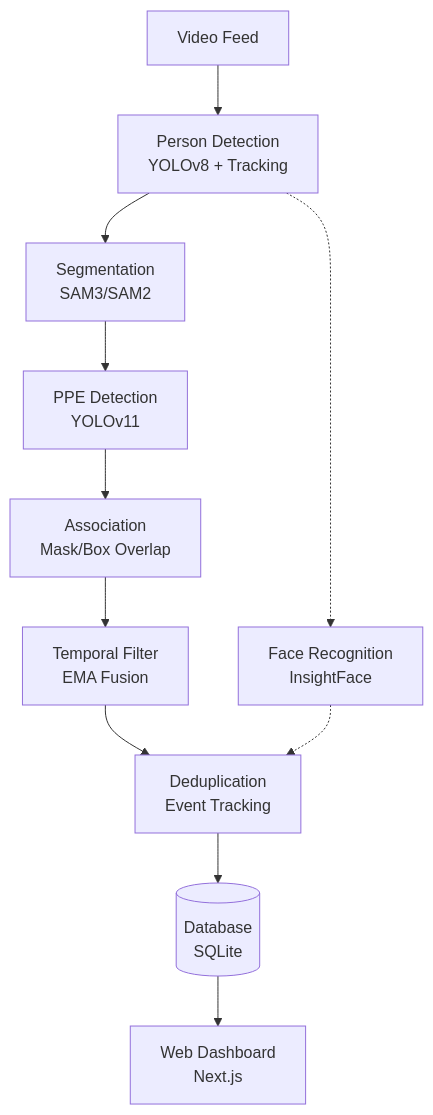
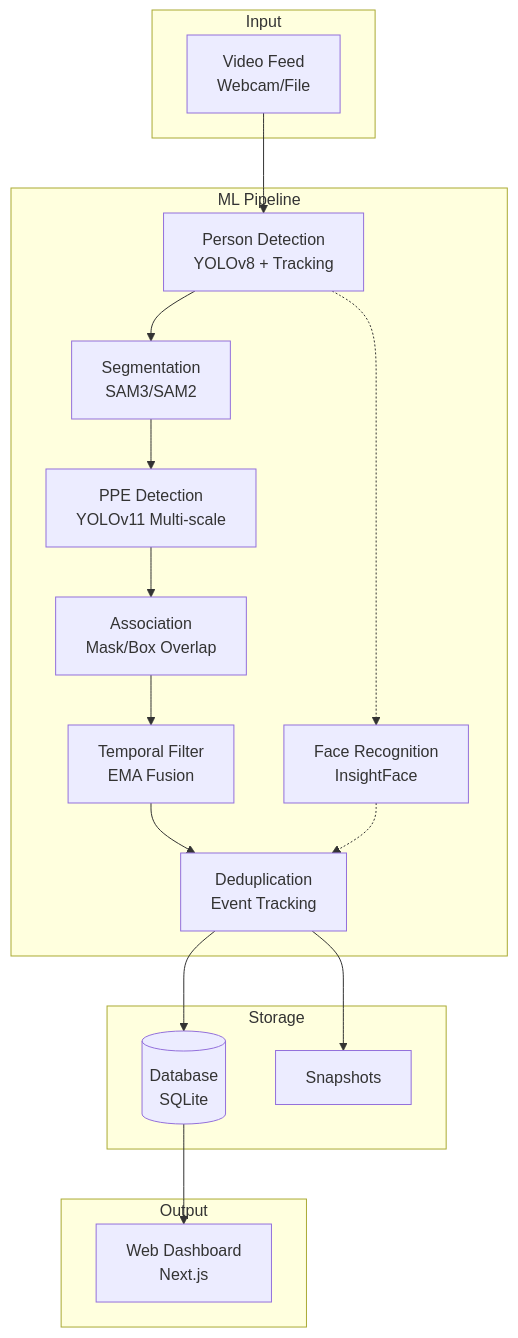
One commit to garg-tejas/lab-safety-monitor changed the diagram in README.md. Above: the diagram before and after it, drawn with Mermaid. The commit also changed other lines of this file and 55 other files, not shown here.

````diff
--- a/README.md
+++ b/README.md
@@ -33,13 +106,29 @@
 ```mermaid
 flowchart TB
-    A[Video Feed] --> B[Person Detection<br/>YOLOv8 + Tracking]
-    B --> C[Segmentation<br/>SAM3/SAM2]
-    C --> D[PPE Detection<br/>YOLOv11]
-    D --> E[Association<br/>Mask/Box Overlap]
-    E --> F[Temporal Filter<br/>EMA Fusion]
-    F --> G[Deduplication<br/>Event Tracking]
-    G --> H[(Database<br/>SQLite)]
-    H --> I[Web Dashboard<br/>Next.js]
-    B -.-> J[Face Recognition<br/>InsightFace]
-    J -.-> G
+    subgraph Input
+        A[Video Feed<br/>Webcam/File]
+    end
+
+    subgraph ML Pipeline
+        B[Person Detection<br/>YOLOv8 + Tracking]
+        C[Segmentation<br/>SAM3/SAM2]
+        D[PPE Detection<br/>YOLOv11 Multi-scale]
+        E[Association<br/>Mask/Box Overlap]
+        F[Temporal Filter<br/>EMA Fusion]
+        G[Deduplication<br/>Event Tracking]
+        J[Face Recognition<br/>InsightFace]
+    end
+
+    subgraph Storage
+        H[(Database<br/>SQLite)]
+        K[Snapshots]
+    end
+
+    subgraph Output
+        I[Web Dashboard<br/>Next.js]
+    end
+
+    A --> B --> C --> D --> E --> F --> G --> H --> I
+    B -.-> J -.-> G
+    G --> K
 ```
````
